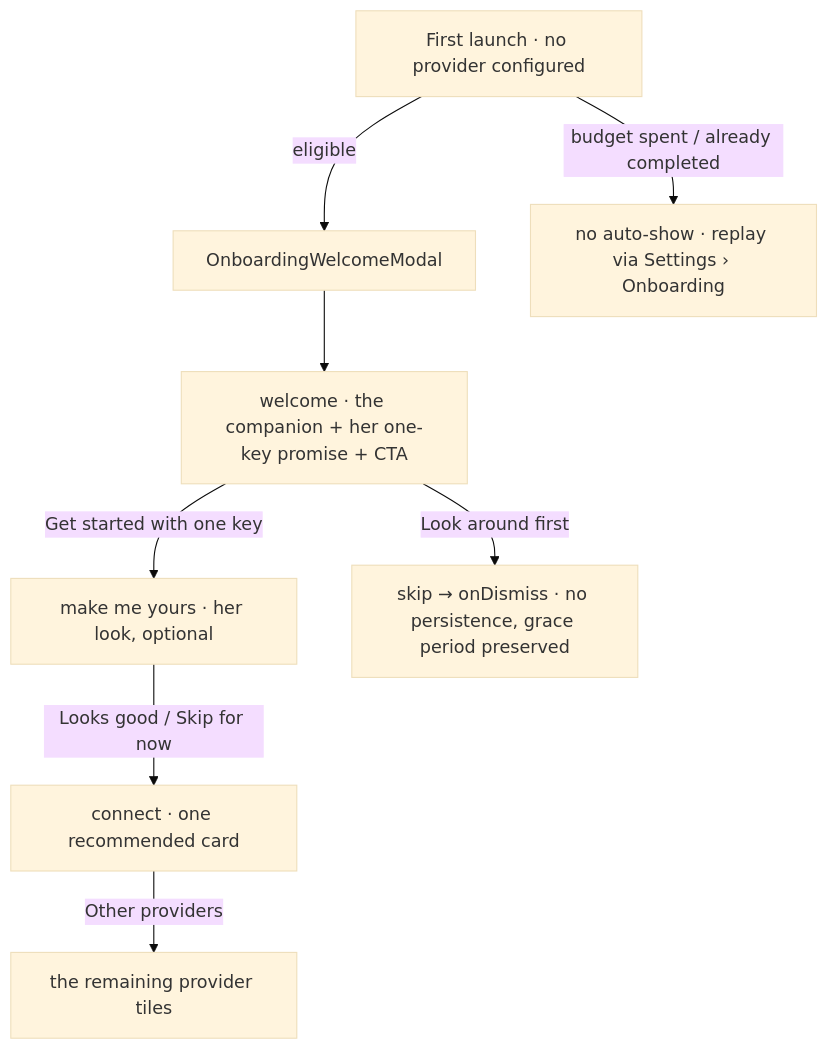
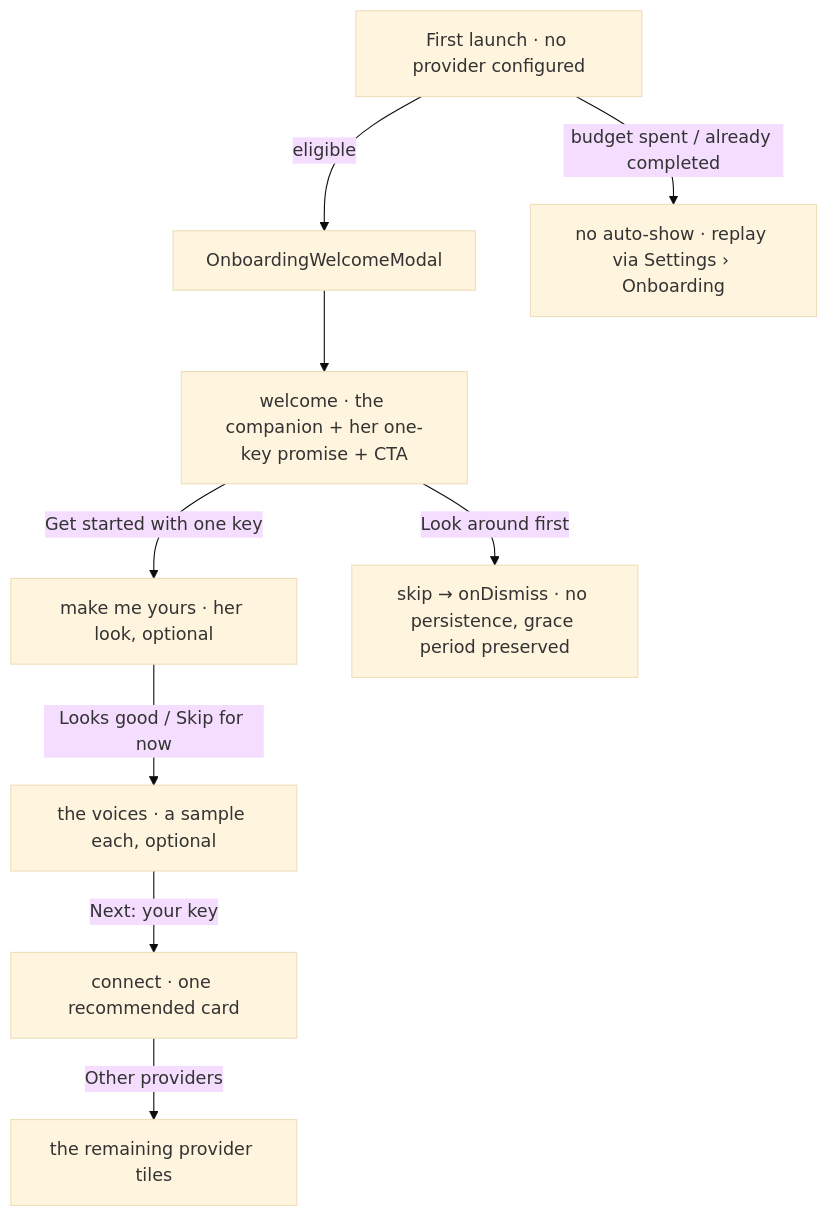
The diagram in knowledge/features/onboarding.md (matthiasn/lotti), drawn with Mermaid (base theme) before and after one commit. The commit also changed other lines of this file and 46 other files, not shown here.

````diff
--- a/knowledge/features/onboarding.md
+++ b/knowledge/features/onboarding.md
@@ -38,10 +38,11 @@
 ```mermaid
 flowchart TD
     L[First launch · no provider configured] -->|eligible| W[OnboardingWelcomeModal]
     L -->|budget spent / already completed| NONE[no auto-show · replay via Settings › Onboarding]
     W --> WL[welcome · the companion + her one-key promise + CTA]
     WL -->|Get started with one key| MY[make me yours · her look, optional]
-    MY -->|Looks good / Skip for now| CN[connect · one recommended card]
+    MY -->|Looks good / Skip for now| VO[the voices · a sample each, optional]
+    VO -->|Next: your key| CN[connect · one recommended card]
     CN -->|Other providers| CNO[the remaining provider tiles]
     WL -->|Look around first| SK[skip → onDismiss · no persistence, grace period preserved]
 ```
````
